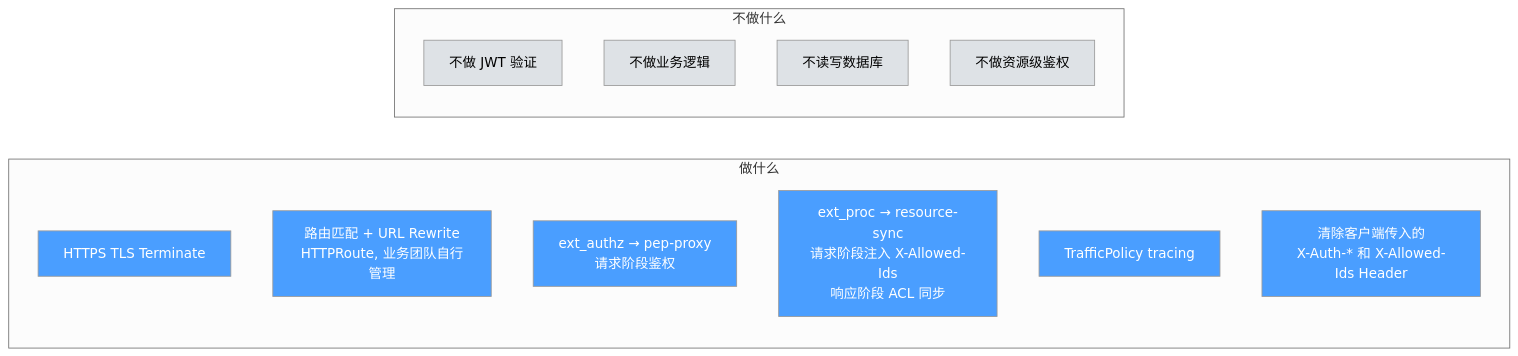
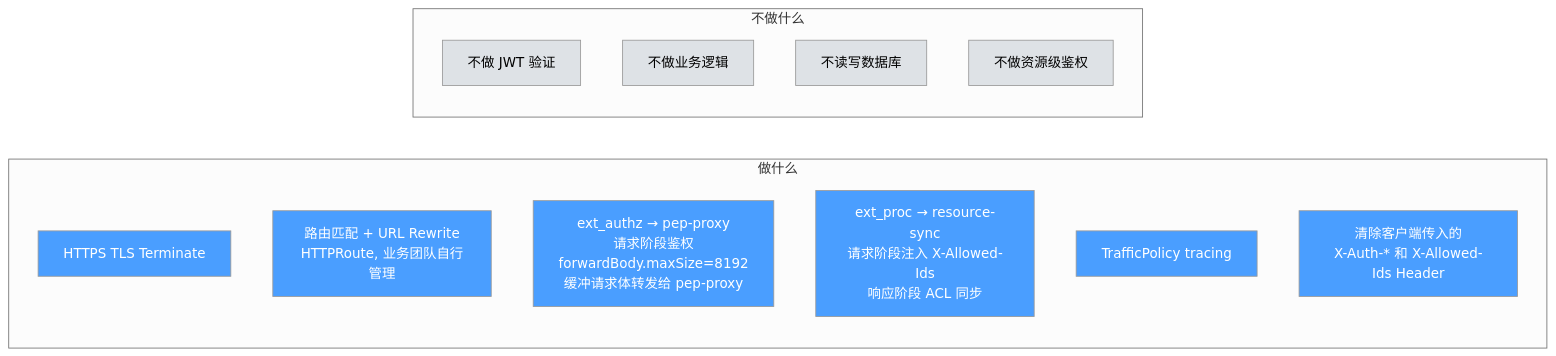
One commit to xiewanchao/aidp-iam changed the second of 12 diagrams in diagrams/component-responsibility.md. Above: the diagram before and after it, drawn with Mermaid (neutral theme). The commit also changed other lines of this file and 2 other files, not shown here.

````diff
--- a/diagrams/component-responsibility.md
+++ b/diagrams/component-responsibility.md
@@ -79,29 +86,29 @@
 ```mermaid
 flowchart LR
     subgraph 做什么
         A1[HTTPS TLS Terminate]
         A2[路由匹配 + URL Rewrite<br/>HTTPRoute, 业务团队自行管理]
-        A3[ext_authz → pep-proxy<br/>请求阶段鉴权]
+        A3[ext_authz → pep-proxy<br/>请求阶段鉴权<br/>forwardBody.maxSize=8192<br/>缓冲请求体转发给 pep-proxy]
         A4[ext_proc → resource-sync<br/>请求阶段注入 X-Allowed-Ids<br/>响应阶段 ACL 同步]
         A5[TrafficPolicy tracing]
         A6[清除客户端传入的<br/>X-Auth-* 和 X-Allowed-Ids Header]
     end
 
     subgraph 不做什么
         B1[不做 JWT 验证]
         B2[不做业务逻辑]
         B3[不读写数据库]
         B4[不做资源级鉴权]
     end
 
     style A1 fill:#4a9eff,color:#fff
     style A2 fill:#4a9eff,color:#fff
     style A3 fill:#4a9eff,color:#fff
     style A4 fill:#4a9eff,color:#fff
     style A5 fill:#4a9eff,color:#fff
     style A6 fill:#4a9eff,color:#fff
     style B1 fill:#dee2e6,color:#000
     style B2 fill:#dee2e6,color:#000
     style B3 fill:#dee2e6,color:#000
     style B4 fill:#dee2e6,color:#000
 ```
````
